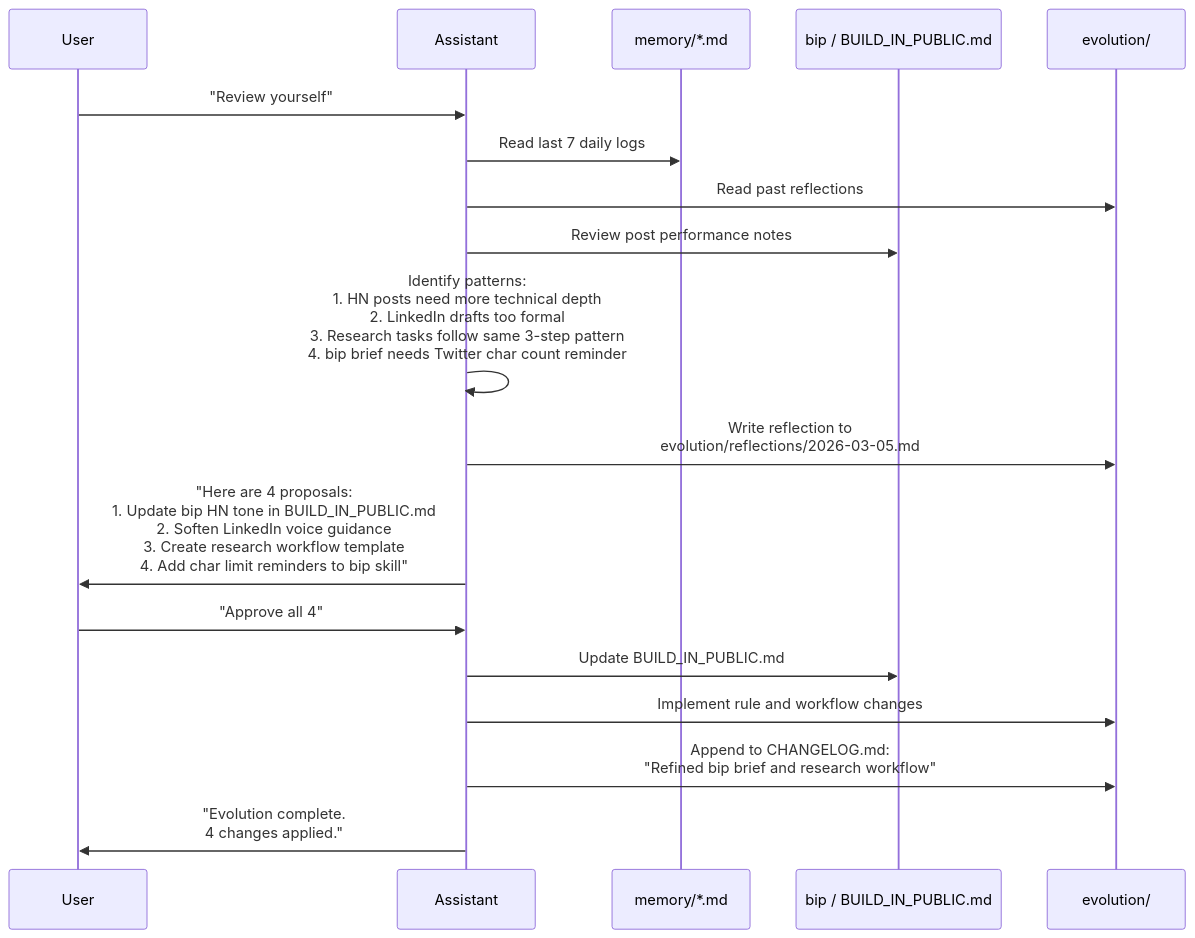
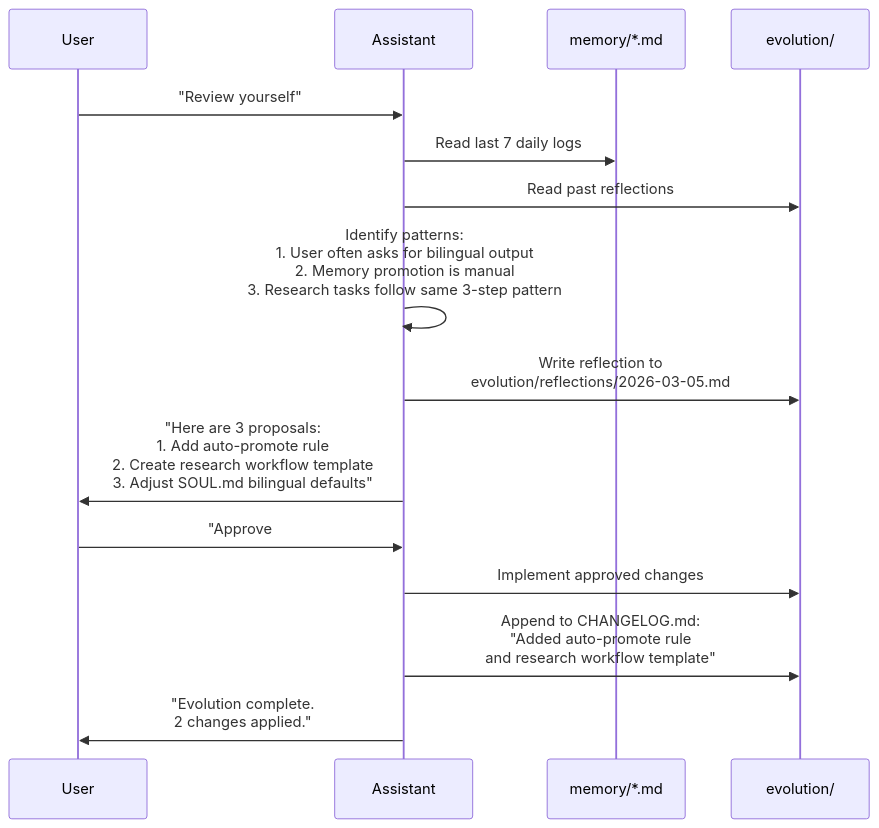
Before and after one commit to cynthialmy/cynthialmy.github.io: the eighth of 11 diagrams in _posts/2026-02-27-self-evolving-ai-assistant.md, drawn with Mermaid. The commit also changed other lines of this file, not shown here.

Commit message:
updated post about bip

````diff
--- a/_posts/2026-02-27-self-evolving-ai-assistant.md
+++ b/_posts/2026-02-27-self-evolving-ai-assistant.md
@@ -458,21 +493,18 @@
 ```mermaid
 sequenceDiagram
     participant User
     participant Assistant
     participant Logs as memory/*.md
-    participant BIP as bip / BUILD_IN_PUBLIC.md
     participant Evo as evolution/
 
     User->>Assistant: "Review yourself"
     Assistant->>Logs: Read last 7 daily logs
     Assistant->>Evo: Read past reflections
-    Assistant->>BIP: Review post performance notes
-    Assistant->>Assistant: Identify patterns:<br/>1. HN posts need more technical depth<br/>2. LinkedIn drafts too formal<br/>3. Research tasks follow same 3-step pattern<br/>4. bip brief needs Twitter char count reminder
+    Assistant->>Assistant: Identify patterns:<br/>1. User often asks for bilingual output<br/>2. Memory promotion is manual<br/>3. Research tasks follow same 3-step pattern
     Assistant->>Evo: Write reflection to<br/>evolution/reflections/2026-03-05.md
-    Assistant->>User: "Here are 4 proposals:<br/>1. Update bip HN tone in BUILD_IN_PUBLIC.md<br/>2. Soften LinkedIn voice guidance<br/>3. Create research workflow template<br/>4. Add char limit reminders to bip skill"
-    User->>Assistant: "Approve all 4"
-    Assistant->>BIP: Update BUILD_IN_PUBLIC.md
-    Assistant->>Evo: Implement rule and workflow changes
-    Assistant->>Evo: Append to CHANGELOG.md:<br/>"Refined bip brief and research workflow"
-    Assistant->>User: "Evolution complete.<br/>4 changes applied."
+    Assistant->>User: "Here are 3 proposals:<br/>1. Add auto-promote rule<br/>2. Create research workflow template<br/>3. Adjust SOUL.md bilingual defaults"
+    User->>Assistant: "Approve #1 and #2,<br/>skip #3"
+    Assistant->>Evo: Implement approved changes
+    Assistant->>Evo: Append to CHANGELOG.md:<br/>"Added auto-promote rule<br/>and research workflow template"
+    Assistant->>User: "Evolution complete.<br/>2 changes applied."
 ```
````
